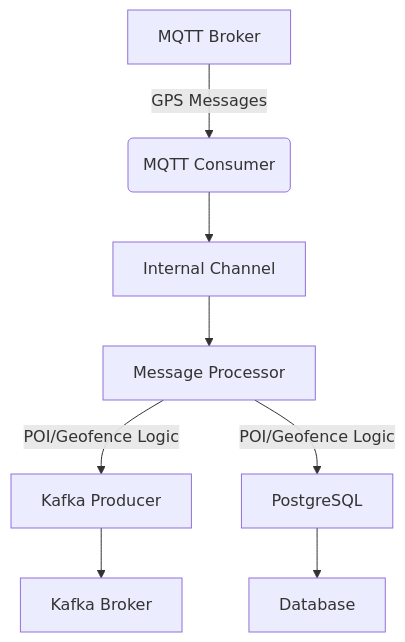
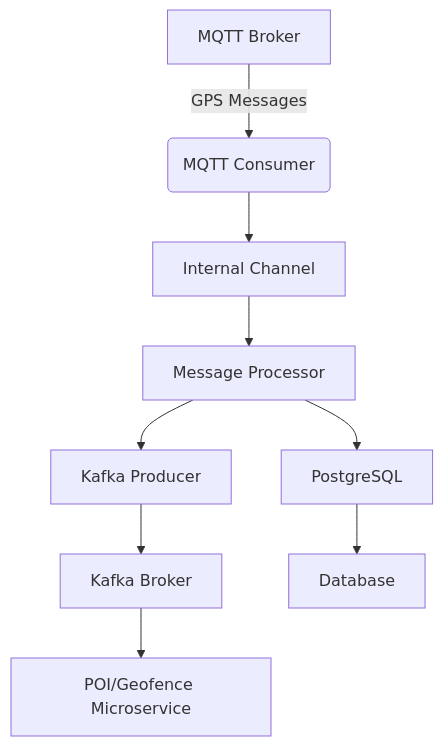
The diagram in README.md (JesusCabrera84/siscom-consumer), drawn with Mermaid before and after one commit. The commit also changed other lines of this file and 5 other files, not shown here.

````diff
--- a/README.md
+++ b/README.md
@@ -61,10 +61,11 @@
 ```mermaid
 flowchart TD
     A[MQTT Broker] -->|GPS Messages| B(MQTT Consumer)
     B --> C[Internal Channel]
     C --> D[Message Processor]
-    D -->|POI/Geofence Logic| E[Kafka Producer]
-    D -->|POI/Geofence Logic| F[PostgreSQL]
+    D --> E[Kafka Producer]
+    D --> F[PostgreSQL]
     E --> G[Kafka Broker]
     F --> H[Database]
+    G --> I[POI/Geofence Microservice]
 ```
````
